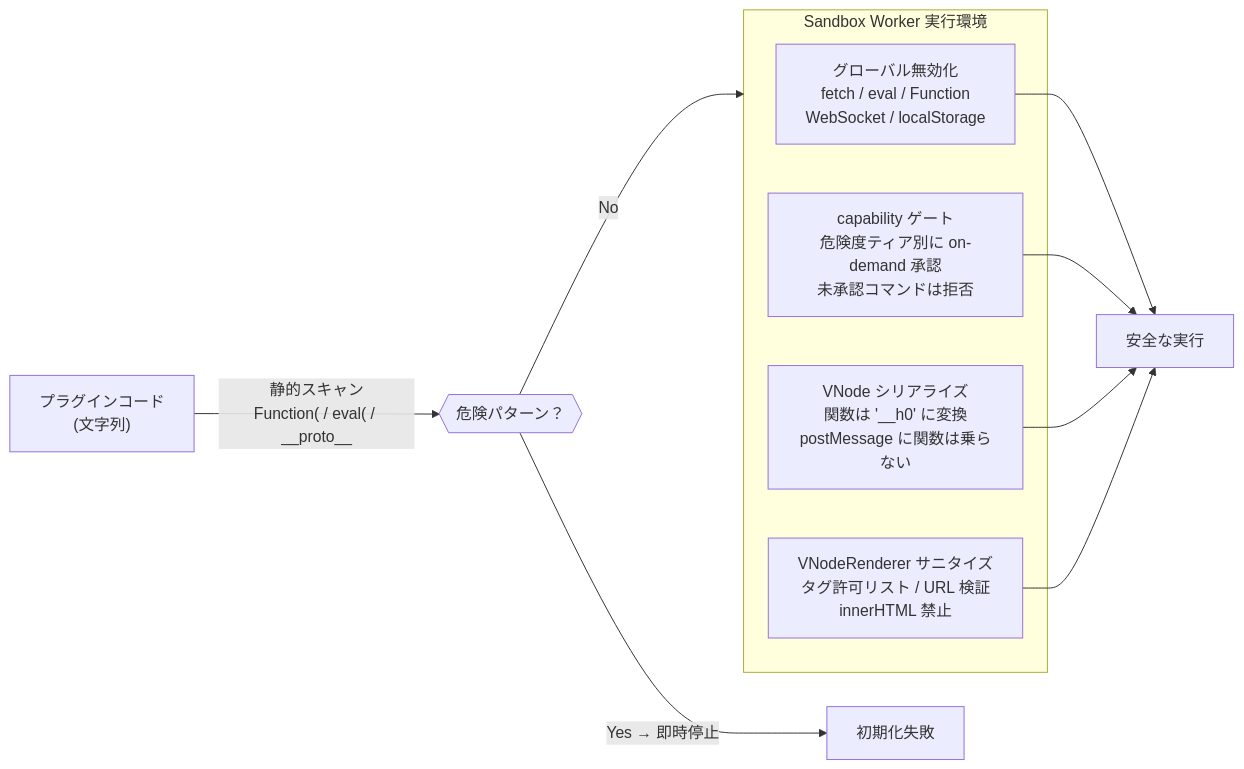
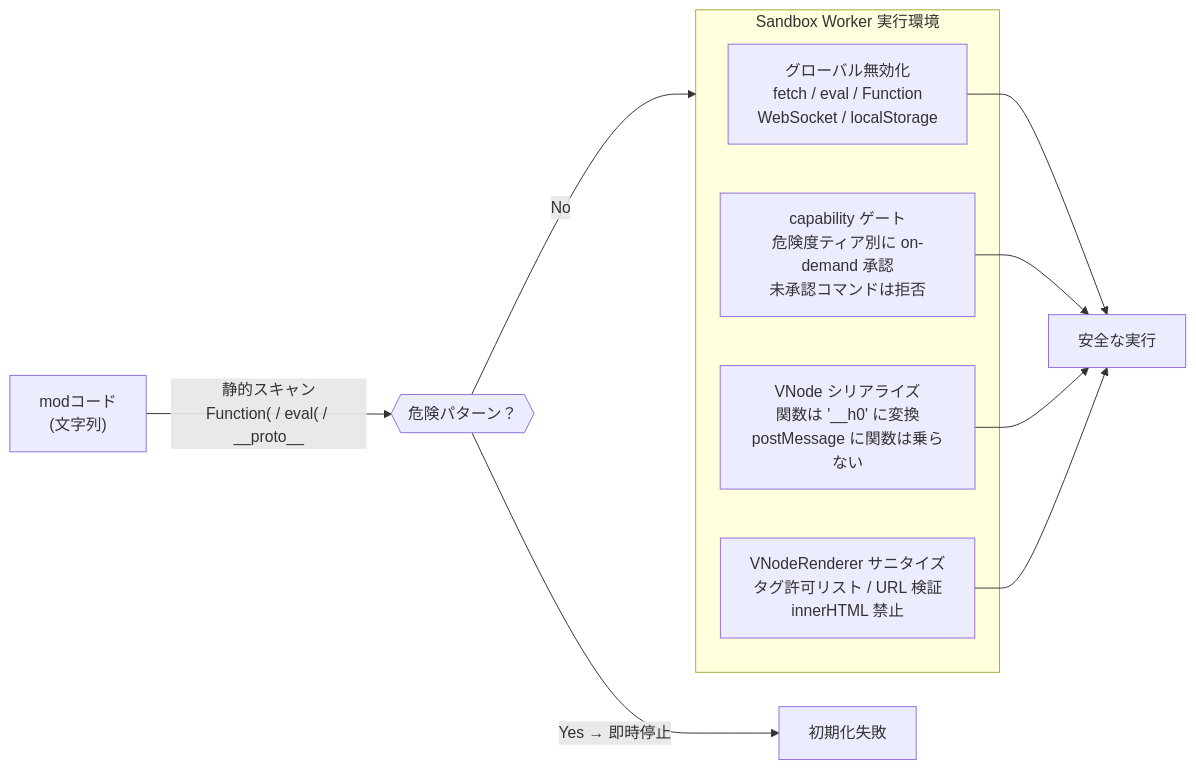
One commit to ubichill/ubichill changed the third of 3 diagrams in docs/ARCHITECTURE.md. Above: the diagram before and after it, drawn with Mermaid. The commit also changed other lines of this file and 226 other files, not shown here.

````diff
--- a/docs/ARCHITECTURE.md
+++ b/docs/ARCHITECTURE.md
@@ -235,17 +235,17 @@
 ```mermaid
 flowchart LR
-    code["プラグインコード\n(文字列)"]
+    code["modコード\n(文字列)"]
 
     code -->|"静的スキャン\nFunction( / eval( / __proto__"| check{{"危険パターン？"}}
     check -->|"Yes → 即時停止"| err["初期化失敗"]
     check -->|"No"| sandbox
 
     subgraph sandbox["Sandbox Worker 実行環境"]
         freeze["グローバル無効化\nfetch / eval / Function\nWebSocket / localStorage"]
         cap["capability ゲート\n危険度ティア別に on-demand 承認\n未承認コマンドは拒否"]
         serial["VNode シリアライズ\n関数は '__h0' に変換\npostMessage に関数は乗らない"]
         vnode["VNodeRenderer サニタイズ\nタグ許可リスト / URL 検証\ninnerHTML 禁止"]
     end
 
     freeze & cap & serial & vnode --> safe["安全な実行"]
 ```
````
